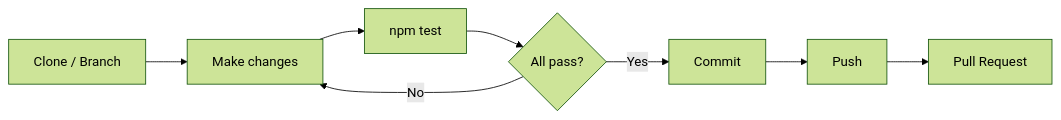
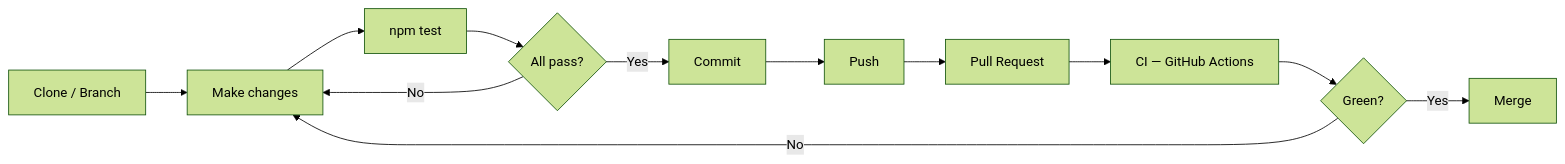
Before and after one commit to HuguitoH/AB-HHM-U20: the diagram in CONTRIBUTING.md, drawn with Mermaid (forest theme). The commit also changed other lines of this file and 1 other file, not shown here.

````diff
--- a/CONTRIBUTING.md
+++ b/CONTRIBUTING.md
@@ -226,10 +264,14 @@
 ```mermaid
 graph LR
     A[Clone / Branch] --> B[Make changes]
     B --> C[npm test]
     C --> D{All pass?}
     D -- No --> B
     D -- Yes --> E[Commit]
     E --> F[Push]
     F --> G[Pull Request]
+    G --> H[CI — GitHub Actions]
+    H --> I{Green?}
+    I -- No --> B
+    I -- Yes --> J[Merge]
 ```
````
